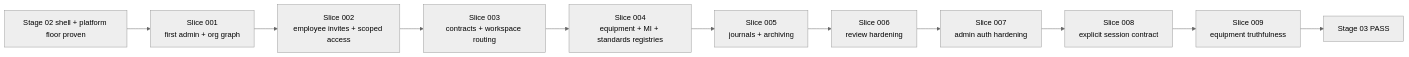
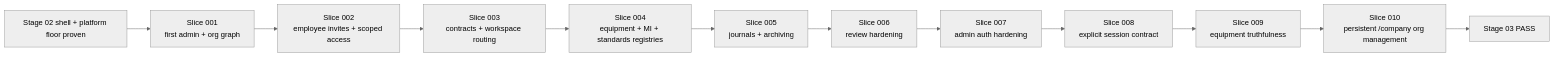
One commit to vrk-app/vrk changed the diagram in .agent/stages/03-identity-master-data/stage_spec.md. Above: the diagram before and after it, drawn with Mermaid (neutral theme). The commit also changed other lines of this file and 313 other files, not shown here.

````diff
--- a/.agent/stages/03-identity-master-data/stage_spec.md
+++ b/.agent/stages/03-identity-master-data/stage_spec.md
@@ -83,13 +97,14 @@
 ```mermaid
 flowchart LR
     A["Stage 02 shell + platform floor proven"] --> B["Slice 001<br/>first admin + org graph"]
     B --> C["Slice 002<br/>employee invites + scoped access"]
     C --> D["Slice 003<br/>contracts + workspace routing"]
     D --> E["Slice 004<br/>equipment + MI + standards registries"]
     E --> F["Slice 005<br/>journals + archiving"]
     F --> G["Slice 006<br/>review hardening"]
     G --> H["Slice 007<br/>admin auth hardening"]
     H --> I["Slice 008<br/>explicit session contract"]
     I --> J["Slice 009<br/>equipment truthfulness"]
-    J --> K["Stage 03 PASS"]
+    J --> K["Slice 010<br/>persistent /company org management"]
+    K --> L["Stage 03 PASS"]
 ```
````
